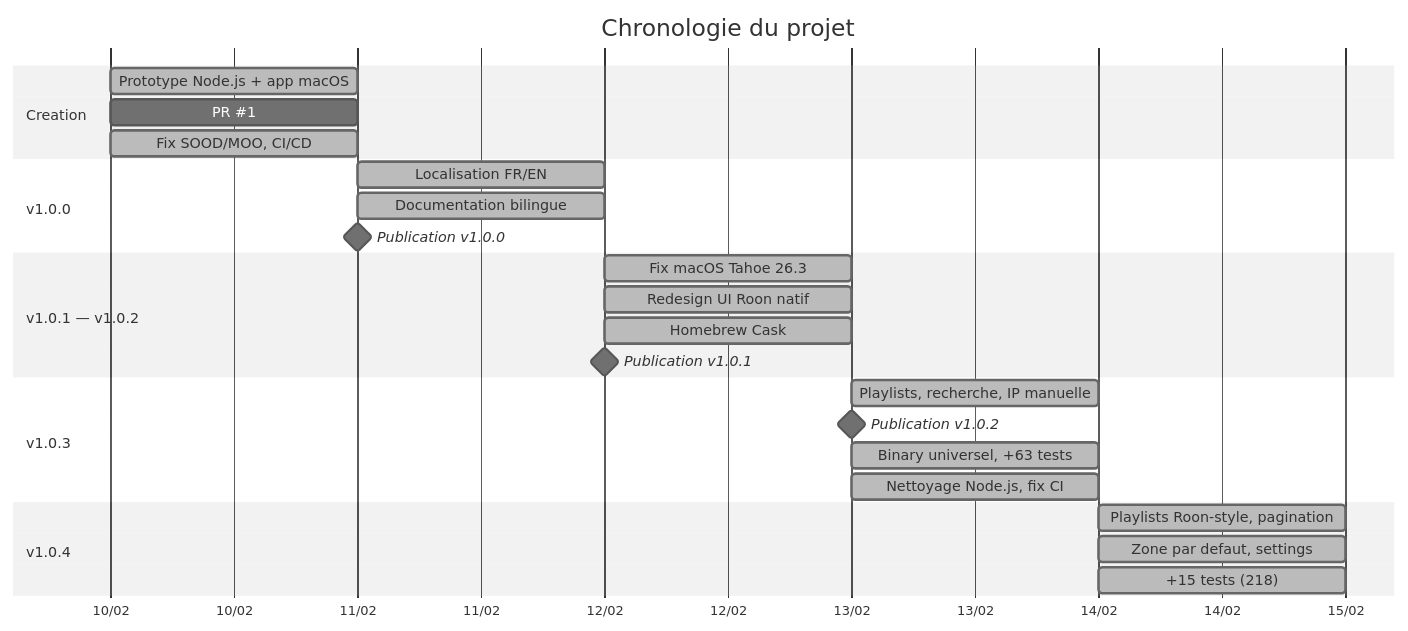
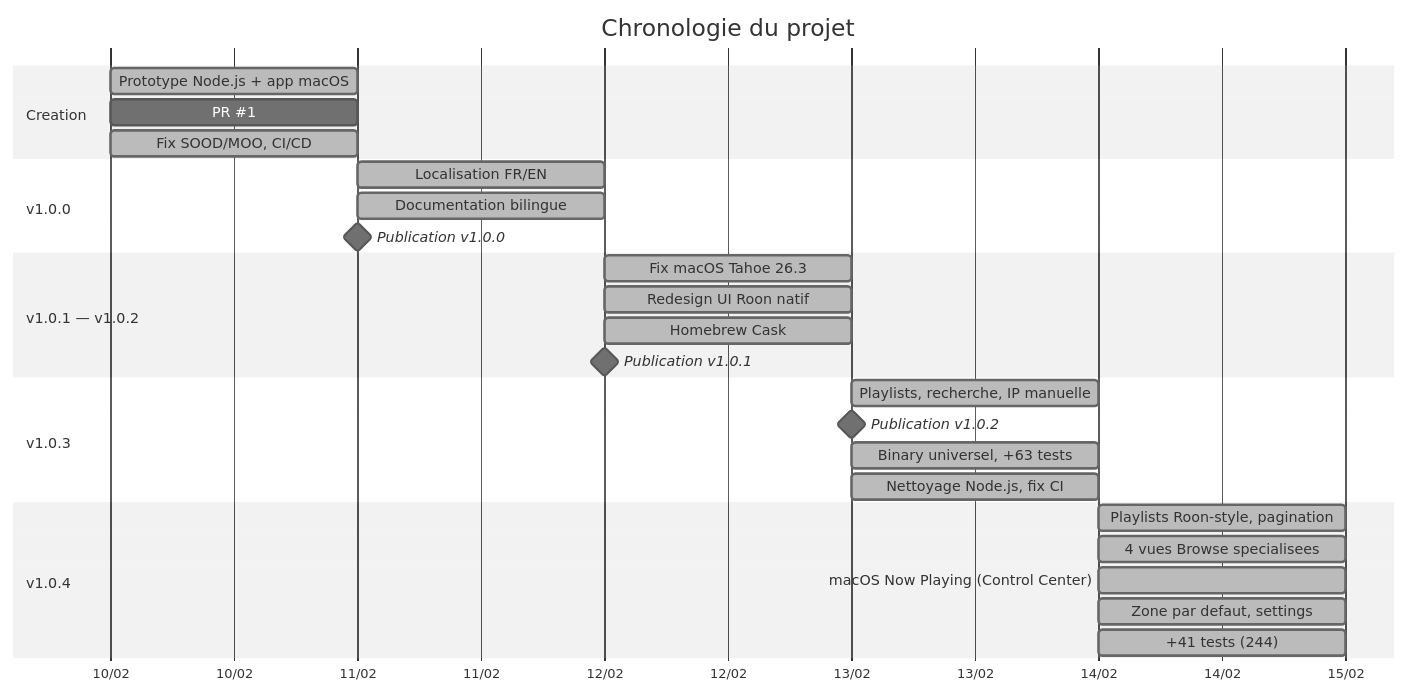
Before and after one commit to renesenses/roon-controller: the diagram in docs/PROJECT_JOURNAL.md, drawn with Mermaid (neutral theme). The commit also changed other lines of this file and 15 other files, not shown here.

First line of the commit message:
Add specialized browse views, macOS Now Playing, mode toggle, and fix accents

````diff
--- a/docs/PROJECT_JOURNAL.md
+++ b/docs/PROJECT_JOURNAL.md
@@ -7,33 +7,35 @@
 ```mermaid
 gantt
     title Chronologie du projet
     dateFormat YYYY-MM-DD
     axisFormat %d/%m
 
     section Creation
     Prototype Node.js + app macOS       :done, 2026-02-10, 1d
     PR #1 : Swift natif                 :done, 2026-02-10, 1d
     Fix SOOD/MOO, CI/CD                 :done, 2026-02-10, 1d
 
     section v1.0.0
     Localisation FR/EN                  :done, 2026-02-11, 1d
     Documentation bilingue              :done, 2026-02-11, 1d
     Publication v1.0.0                  :milestone, 2026-02-11, 0d
 
     section v1.0.1 — v1.0.2
     Fix macOS Tahoe 26.3               :done, 2026-02-12, 1d
     Redesign UI Roon natif              :done, 2026-02-12, 1d
     Homebrew Cask                       :done, 2026-02-12, 1d
     Publication v1.0.1                  :milestone, 2026-02-12, 0d
 
     section v1.0.3
     Playlists, recherche, IP manuelle   :done, 2026-02-13, 1d
     Publication v1.0.2                  :milestone, 2026-02-13, 0d
     Binary universel, +63 tests         :done, 2026-02-13, 1d
     Nettoyage Node.js, fix CI           :done, 2026-02-13, 1d
 
     section v1.0.4
     Playlists Roon-style, pagination    :done, 2026-02-14, 1d
+    4 vues Browse specialisees          :done, 2026-02-14, 1d
+    macOS Now Playing (Control Center)  :done, 2026-02-14, 1d
     Zone par defaut, settings           :done, 2026-02-14, 1d
-    +15 tests (218)                     :done, 2026-02-14, 1d
+    +41 tests (244)                     :done, 2026-02-14, 1d
 ```
````
